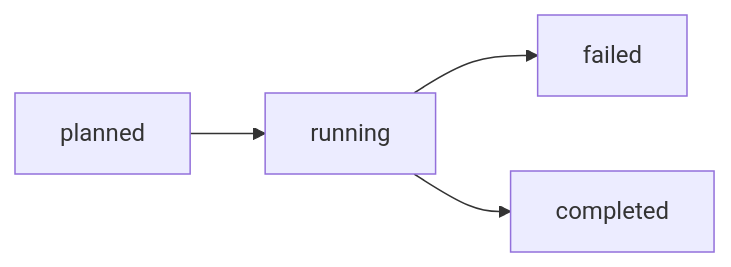
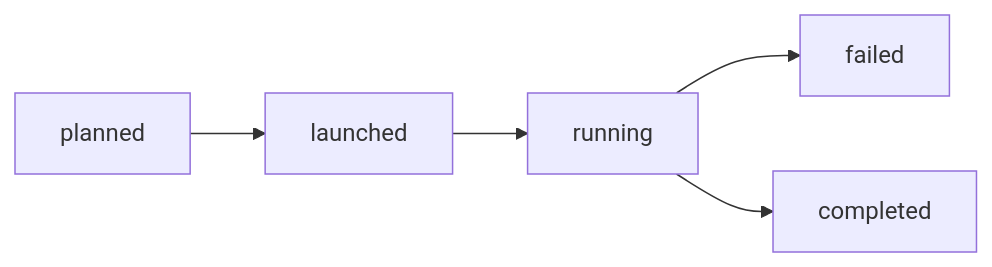
One commit to punch-mission/punchpipe changed the second of 2 diagrams in docs/source/control/states.rst. Above: the diagram before and after it, drawn with Mermaid. The commit also changed other lines of this file, not shown here.

```diff
--- a/docs/source/control/states.rst
+++ b/docs/source/control/states.rst
@@ -42,6 +42,7 @@
 .. mermaid::
 
     graph LR;
-    planned --> running;
+    planned --> launched;
+    launched --> running;
     running --> failed;
     running --> completed;
```
